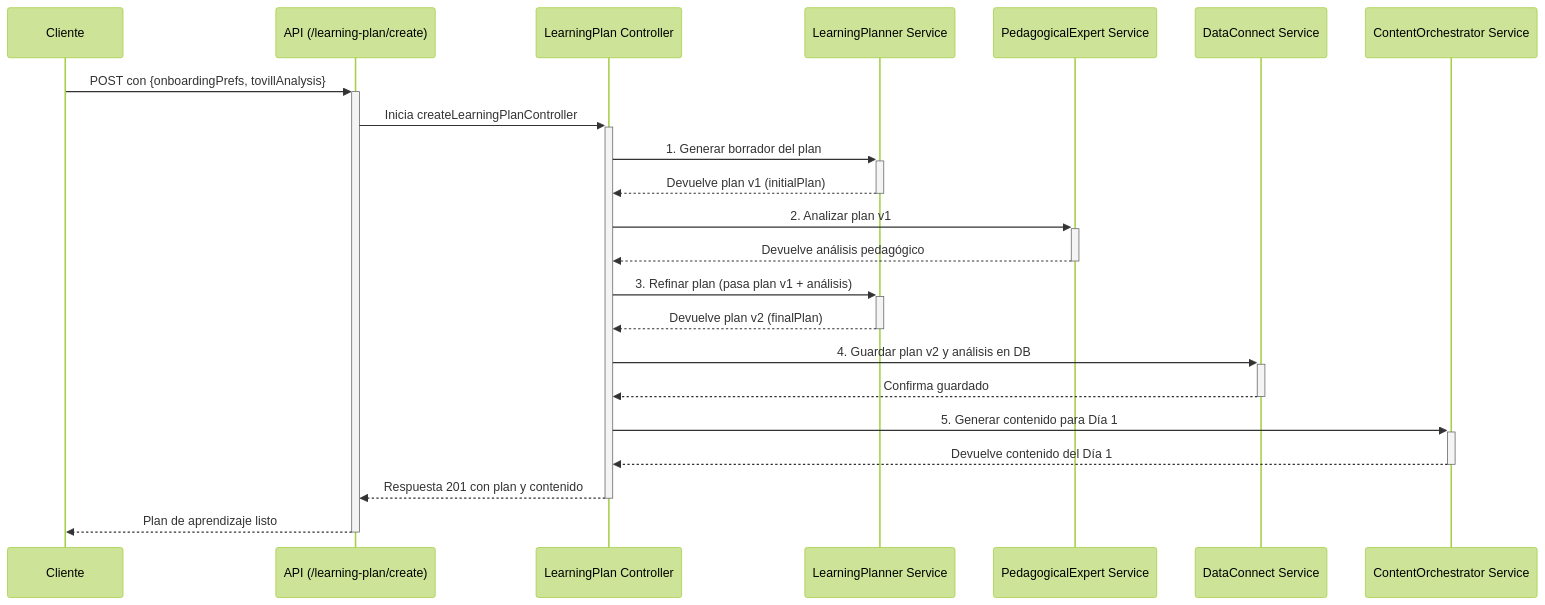
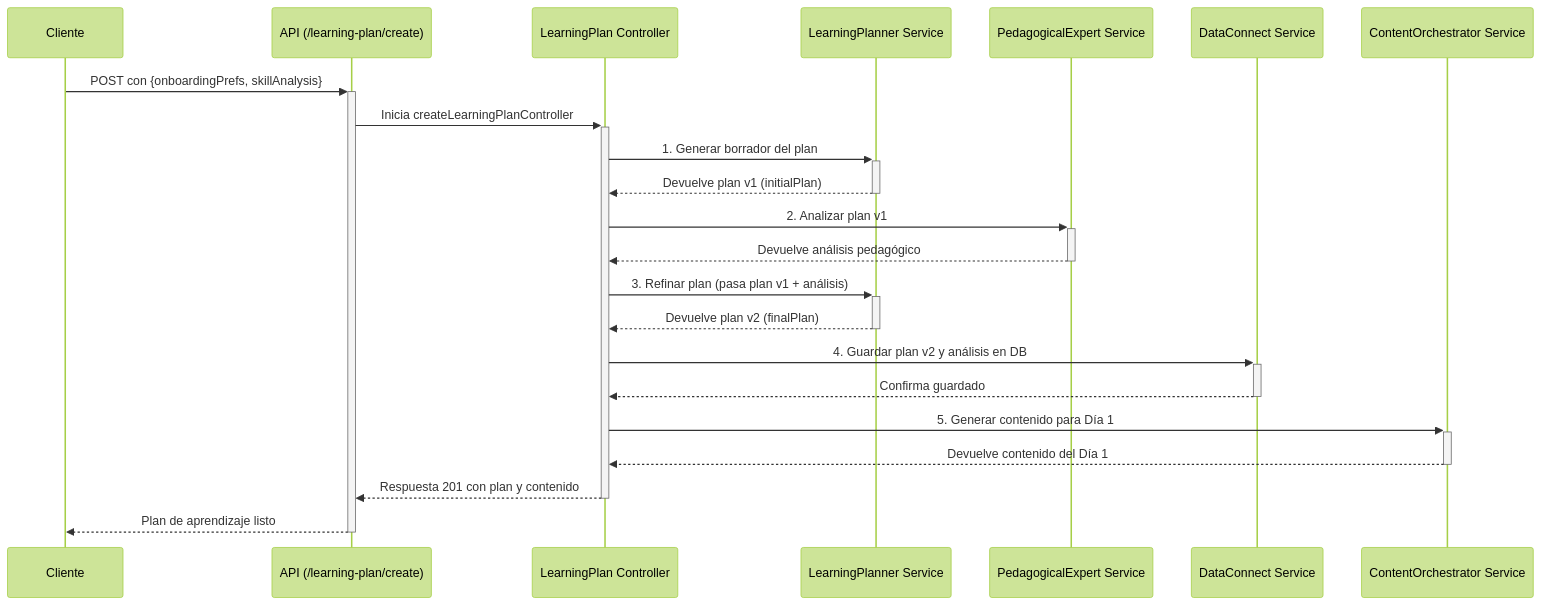
Before and after one commit to Luquish/skillix-backend: the diagram in README.md, drawn with Mermaid (forest theme). The commit also changed other lines of this file and 3 other files, not shown here.

````diff
--- a/README.md
+++ b/README.md
@@ -53,25 +134,25 @@
 ```mermaid
 sequenceDiagram
     participant C as Cliente
     participant API as API (/learning-plan/create)
     participant LC as LearningPlan Controller
     participant LP as LearningPlanner Service
     participant PE as PedagogicalExpert Service
     participant DC as DataConnect Service
     participant CO as ContentOrchestrator Service
 
-    C->>+API: POST con {onboardingPrefs, tovillAnalysis}
+    C->>+API: POST con {onboardingPrefs, skillAnalysis}
     API->>+LC: Inicia createLearningPlanController
     LC->>+LP: 1. Generar borrador del plan
     LP-->>-LC: Devuelve plan v1 (initialPlan)
     LC->>+PE: 2. Analizar plan v1
     PE-->>-LC: Devuelve análisis pedagógico
     LC->>+LP: 3. Refinar plan (pasa plan v1 + análisis)
     LP-->>-LC: Devuelve plan v2 (finalPlan)
     LC->>+DC: 4. Guardar plan v2 y análisis en DB
     DC-->>-LC: Confirma guardado
     LC->>+CO: 5. Generar contenido para Día 1
     CO-->>-LC: Devuelve contenido del Día 1
     LC-->>-API: Respuesta 201 con plan y contenido
     API-->>-C: Plan de aprendizaje listo
 ```
````
